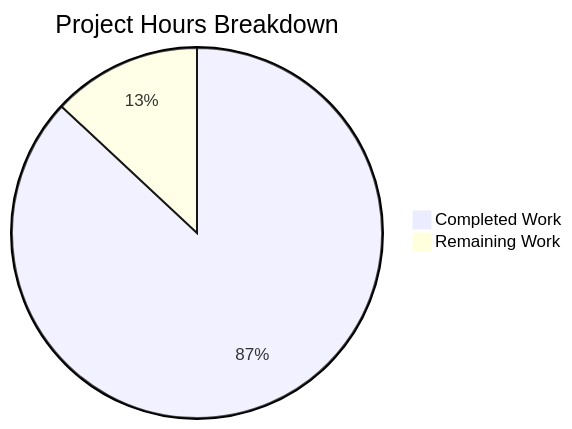
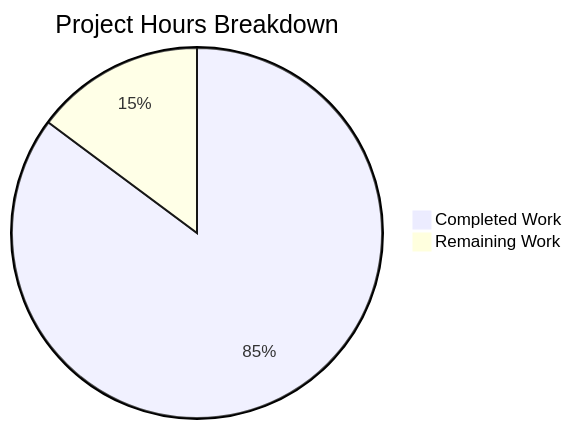
One commit to blitzy-public-samples/blitzy-WebVella-ERP changed the diagram in blitzy/documentation/Project Guide.md. Above: the diagram before and after it, drawn with Mermaid. The commit also changed other lines of this file, not shown here.

Commit message:
Adding Blitzy Project Guide: Project Status and Human Tasks Remaining

````diff
--- a/blitzy/documentation/Project Guide.md
+++ b/blitzy/documentation/Project Guide.md
@@ -108,5 +24,5 @@
 ```mermaid
 pie title Project Hours Breakdown
-    "Completed Work" : 200
-    "Remaining Work" : 30
+    "Completed Work" : 230
+    "Remaining Work" : 40
 ```
````
